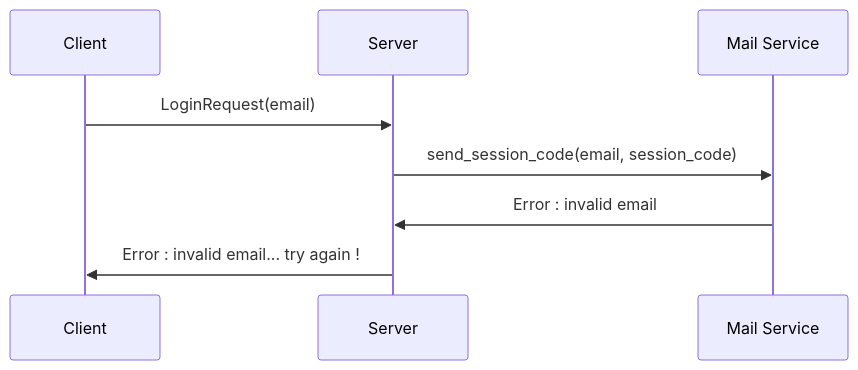
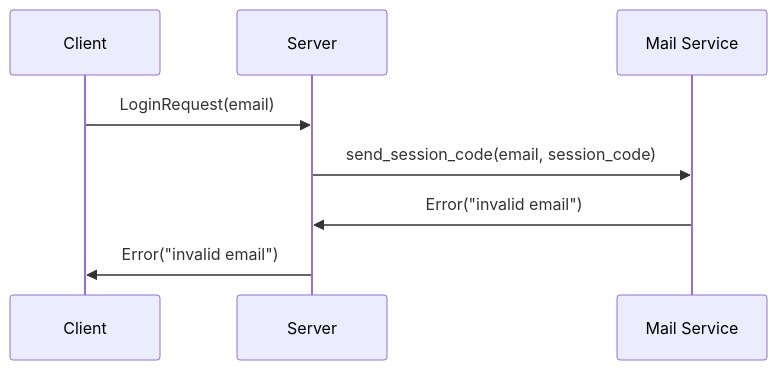
The third of 11 diagrams in kova/authentication/docs.md (adimian/kova), drawn with Mermaid before and after one commit. The commit also changed other lines of this file and 33 other files, not shown here.

````diff
--- a/kova/authentication/docs.md
+++ b/kova/authentication/docs.md
@@ -19,7 +30,7 @@
 ```mermaid
 sequenceDiagram
     Client ->> Server: LoginRequest(email)
     Server ->> Mail Service: send_session_code(email, session_code)
-    Mail Service ->> Server: Error : invalid email
-    Server ->> Client : Error : invalid email... try again !
+    Mail Service ->> Server: Error("invalid email")
+    Server ->> Client : Error("invalid email")
 ```
````
